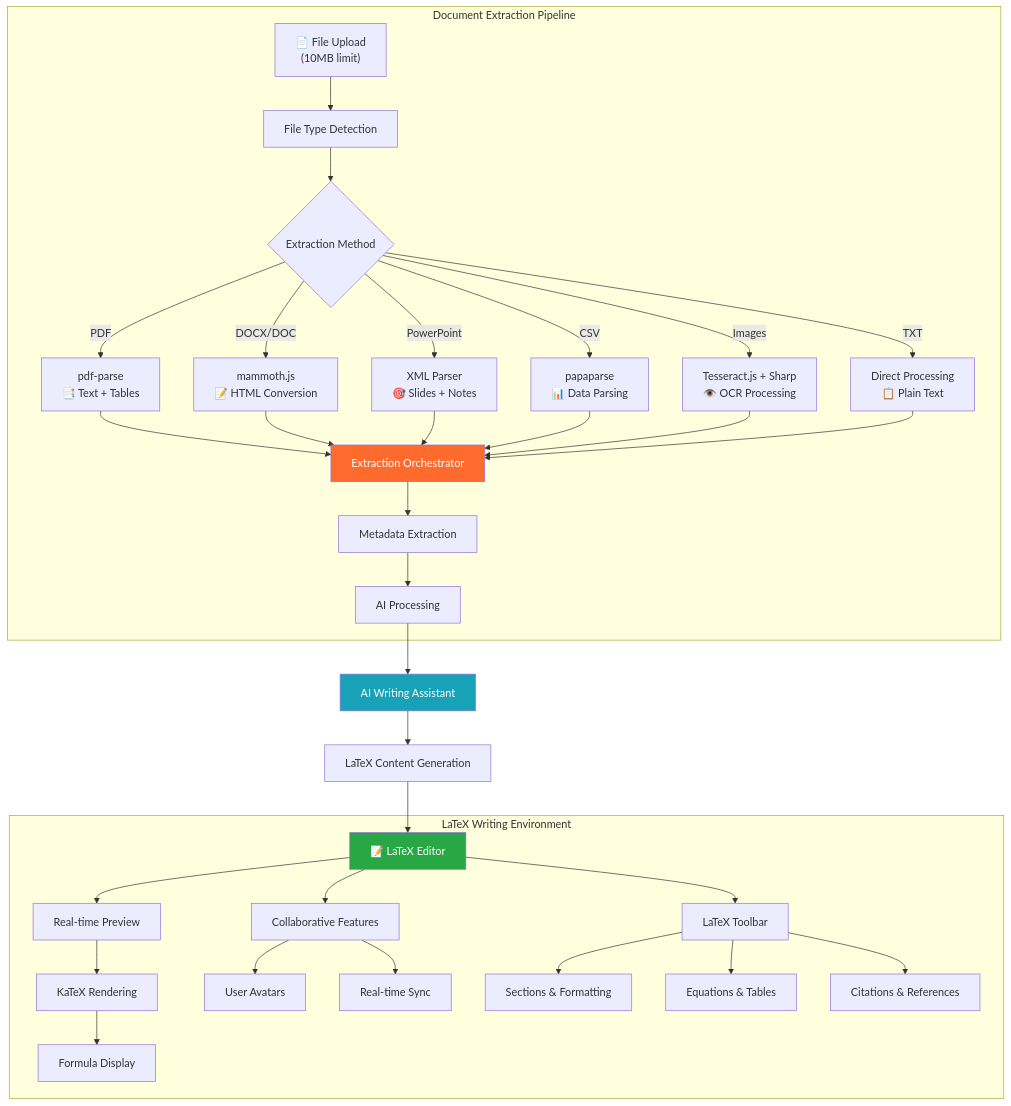
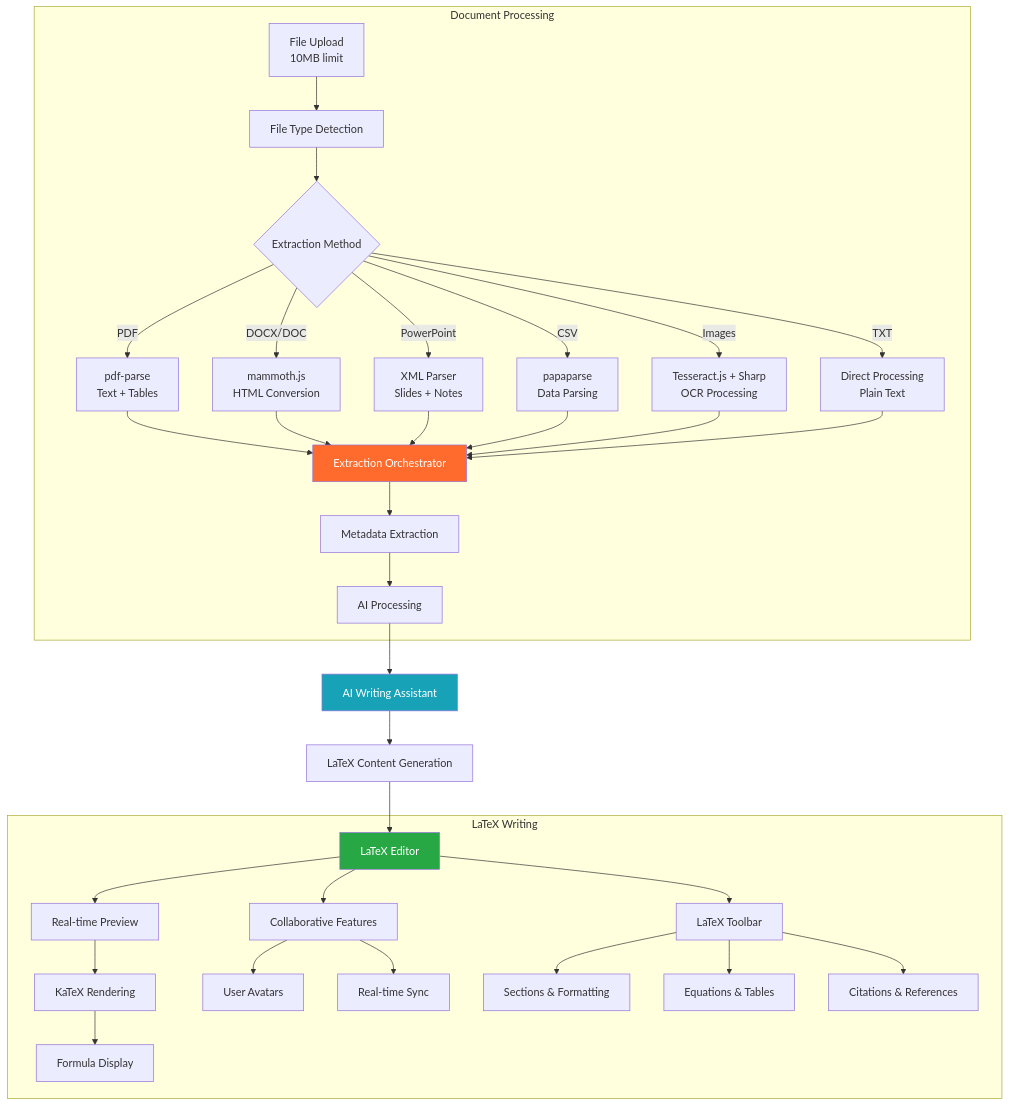
Before and after one commit to Kedhareswer/thesisflow-ai: the third of 8 diagrams in README.md, drawn with Mermaid. The commit also changed other lines of this file, not shown here.

````diff
--- a/README.md
+++ b/README.md
@@ -201,41 +184,41 @@
 ```mermaid
 flowchart TB
-    subgraph "Document Extraction Pipeline"
-        A["📄 File Upload<br/>(10MB limit)"] --> B["File Type Detection"]
-        B --> C{"Extraction Method"}
+    subgraph "Document Processing"
+        A[File Upload<br/>10MB limit] --> B[File Type Detection]
+        B --> C{Extraction Method}
         
-        C -->|PDF| D["pdf-parse<br/>📑 Text + Tables"]
-        C -->|DOCX/DOC| E["mammoth.js<br/>📝 HTML Conversion"]
-        C -->|PowerPoint| F["XML Parser<br/>🎯 Slides + Notes"]
-        C -->|CSV| G["papaparse<br/>📊 Data Parsing"]
-        C -->|Images| H["Tesseract.js + Sharp<br/>👁️ OCR Processing"]
-        C -->|TXT| I["Direct Processing<br/>📋 Plain Text"]
+        C -->|PDF| D[pdf-parse<br/>Text + Tables]
+        C -->|DOCX/DOC| E[mammoth.js<br/>HTML Conversion]
+        C -->|PowerPoint| F[XML Parser<br/>Slides + Notes]
+        C -->|CSV| G[papaparse<br/>Data Parsing]
+        C -->|Images| H[Tesseract.js + Sharp<br/>OCR Processing]
+        C -->|TXT| I[Direct Processing<br/>Plain Text]
         
-        D & E & F & G & H & I --> J["Extraction Orchestrator"]
-        J --> K["Metadata Extraction"]
-        K --> L["AI Processing"]
+        D & E & F & G & H & I --> J[Extraction Orchestrator]
+        J --> K[Metadata Extraction]
+        K --> L[AI Processing]
     end
     
-    subgraph "LaTeX Writing Environment"
-        M["📝 LaTeX Editor"] --> N["Real-time Preview"]
-        N --> O["KaTeX Rendering"]
-        O --> P["Formula Display"]
+    subgraph "LaTeX Writing"
+        M[LaTeX Editor] --> N[Real-time Preview]
+        N --> O[KaTeX Rendering]
+        O --> P[Formula Display]
         
-        M --> Q["Collaborative Features"]
-        Q --> R["User Avatars"]
-        Q --> S["Real-time Sync"]
+        M --> Q[Collaborative Features]
+        Q --> R[User Avatars]
+        Q --> S[Real-time Sync]
         
-        M --> T["LaTeX Toolbar"]
-        T --> U["Sections & Formatting"]
-        T --> V["Equations & Tables"]
-        T --> W["Citations & References"]
+        M --> T[LaTeX Toolbar]
+        T --> U[Sections & Formatting]
+        T --> V[Equations & Tables]
+        T --> W[Citations & References]
     end
     
-    L --> X["AI Writing Assistant"]
-    X --> Y["LaTeX Content Generation"]
+    L --> X[AI Writing Assistant]
+    X --> Y[LaTeX Content Generation]
     Y --> M
     
     style J fill:#FF6B2C,color:#fff
     style M fill:#28a745,color:#fff
     style X fill:#17a2b8,color:#fff
 ```
````
